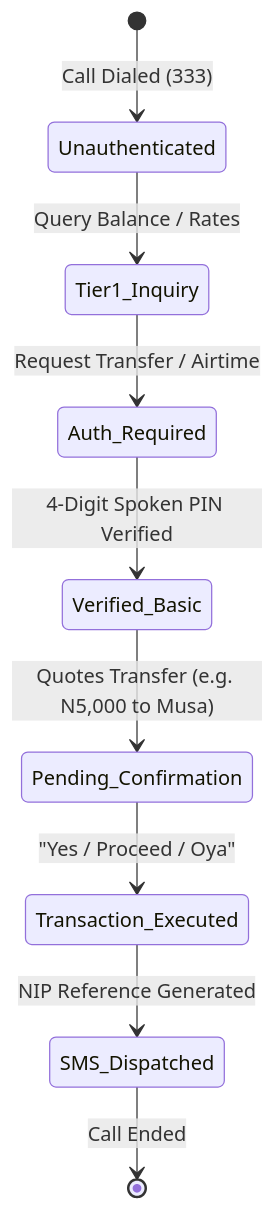
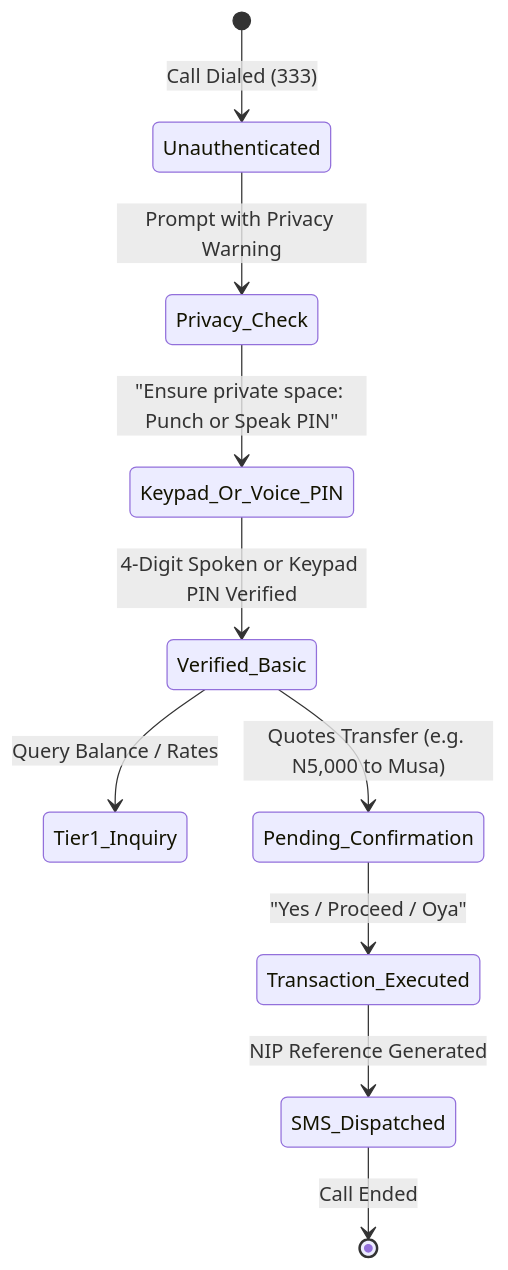
One commit to Blackscorche/lyfpartner changed the second of 2 diagrams in DOCUMENTATION.md. Above: the diagram before and after it, drawn with Mermaid. The commit also changed other lines of this file and 33 other files, not shown here.

Commit message:
feat: privacy-aware PIN authentication (keypad or voice), pitch deck, and brand polish

````diff
--- a/DOCUMENTATION.md
+++ b/DOCUMENTATION.md
@@ -83,11 +83,12 @@
 ```mermaid
 stateDiagram-v2
     [*] --> Unauthenticated: Call Dialed (333)
-    Unauthenticated --> Tier1_Inquiry: Query Balance / Rates
-    Tier1_Inquiry --> Auth_Required: Request Transfer / Airtime
-    Auth_Required --> Verified_Basic: 4-Digit Spoken PIN Verified
+    Unauthenticated --> Privacy_Check: Prompt with Privacy Warning
+    Privacy_Check --> Keypad_Or_Voice_PIN: "Ensure private space: Punch or Speak PIN"
+    Keypad_Or_Voice_PIN --> Verified_Basic: 4-Digit Spoken or Keypad PIN Verified
+    Verified_Basic --> Tier1_Inquiry: Query Balance / Rates
     Verified_Basic --> Pending_Confirmation: Quotes Transfer (e.g. N5,000 to Musa)
     Pending_Confirmation --> Transaction_Executed: "Yes / Proceed / Oya"
     Transaction_Executed --> SMS_Dispatched: NIP Reference Generated
     SMS_Dispatched --> [*]: Call Ended
 ```
````
